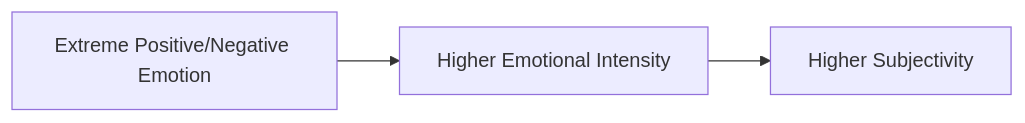
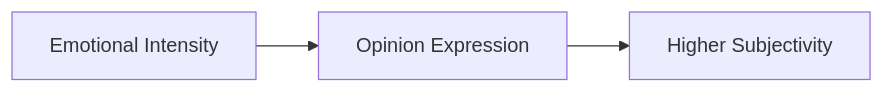
The diagram in Trimester 1/Data Visualization & Storytelling/W04 - Module 2b. Visual Best Practises/L13/4.5. How we use chart types/Semantic Relationship Model.md (Balasubramanian-pg/MSC.-Data-Science-AI), drawn with Mermaid before and after one commit.

Commit message:
Add split section: Semantic Relationship Model

````diff
--- a/Trimester 1/Data Visualization & Storytelling/W04 - Module 2b. Visual Best Practises/L13/4.5. How we use chart types/Semantic Relationship Model.md
+++ b/Trimester 1/Data Visualization & Storytelling/W04 - Module 2b. Visual Best Practises/L13/4.5. How we use chart types/Semantic Relationship Model.md
@@ -3,6 +3,6 @@
 ```mermaid
 flowchart LR
-    A[Extreme Positive/Negative Emotion]
-    --> B[Higher Emotional Intensity]
+    A[Emotional Intensity]
+    --> B[Opinion Expression]
     --> C[Higher Subjectivity]
 ```
````
